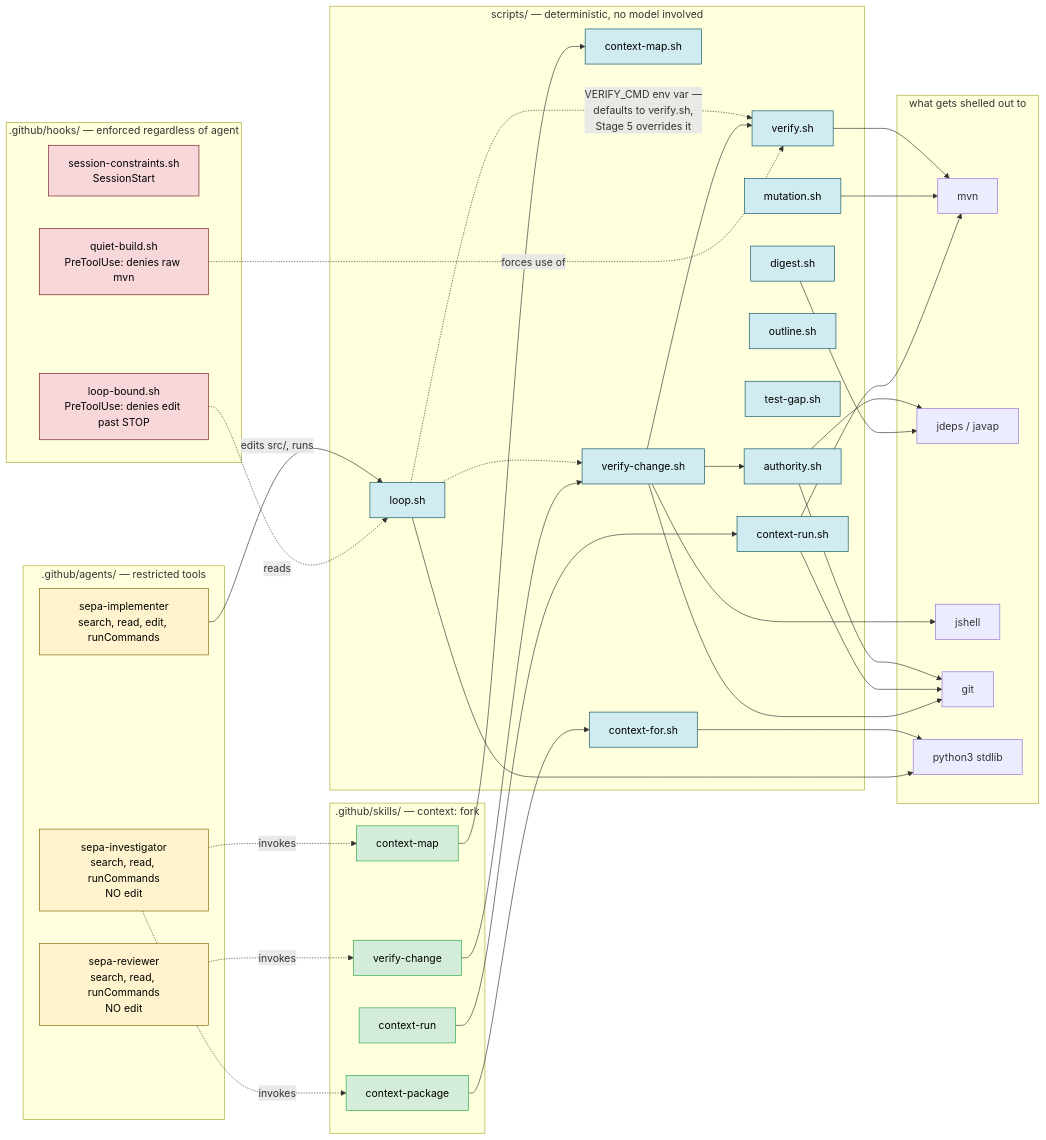
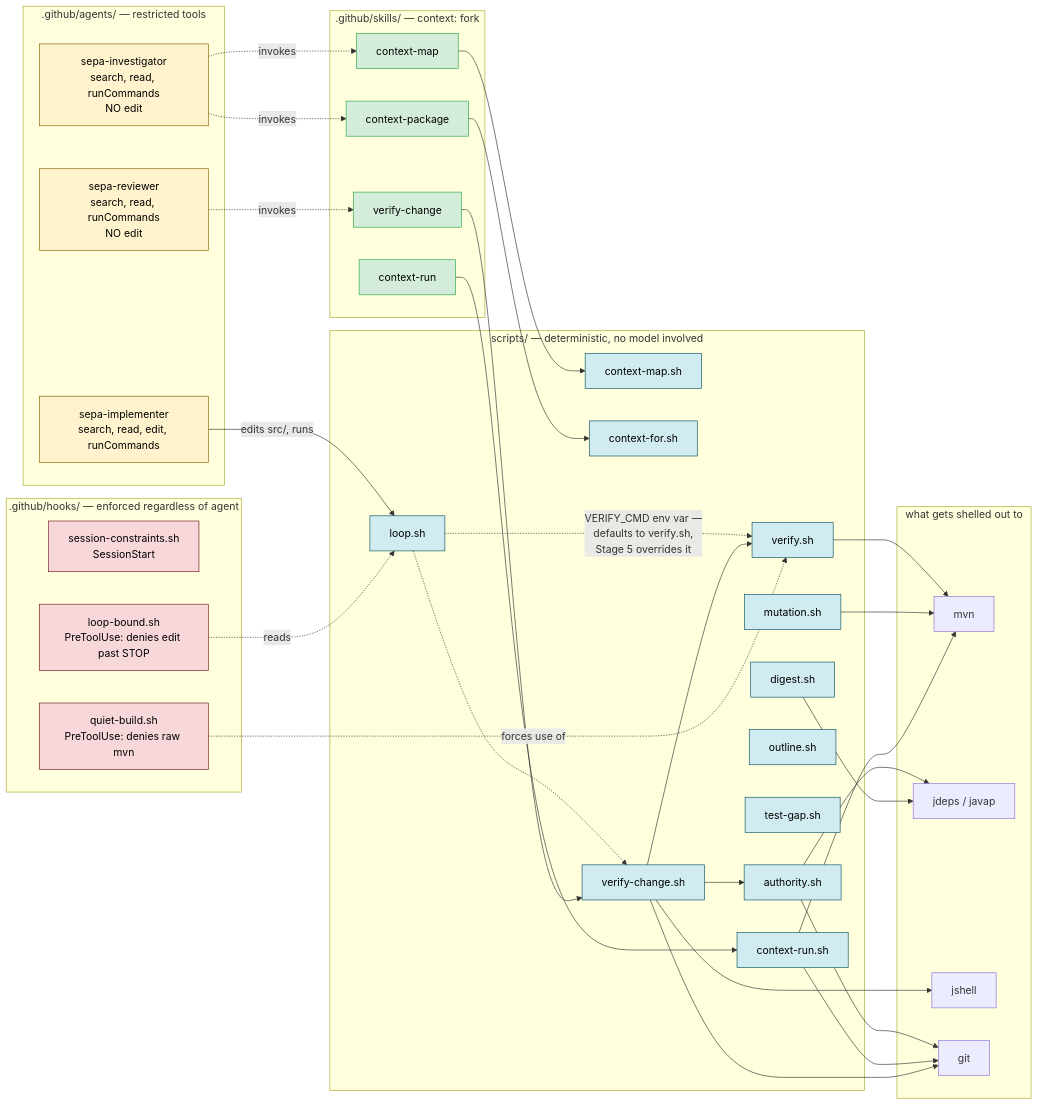
Before and after one commit to ArulaAI/context-engineering-part-2: the second of 4 diagrams in ARCHITECTURE.md, drawn with Mermaid. The commit also changed other lines of this file and 3 other files, not shown here.

Commit message:
update docs to reflect zero python3 dependency (ARCHITECTURE.md, .context/README.md, FACILITATOR.md, TROUBLESHOOTING.md)

````diff
--- a/ARCHITECTURE.md
+++ b/ARCHITECTURE.md
@@ -121,78 +126,75 @@
 ```mermaid
 graph LR
     subgraph tools["what gets shelled out to"]
         MVN[mvn]
         JDEPS[jdeps / javap]
         JSHELL[jshell]
         GIT[git]
-        PY[python3 stdlib]
     end
 
     subgraph scripts["scripts/ — deterministic, no model involved"]
         VS[verify.sh]
         AS2[authority.sh]
         DS[digest.sh]
         OS[outline.sh]
         TGS[test-gap.sh]
         MS[mutation.sh]
         LS[loop.sh]
         CMS[context-map.sh]
         CRS[context-run.sh]
         CFS[context-for.sh]
         VCS[verify-change.sh]
     end
 
     VS --> MVN
     AS2 --> GIT
     AS2 --> JDEPS
     DS --> JDEPS
     MS --> MVN
     CRS --> MVN
     CRS --> GIT
-    CFS --> PY
-    LS --> PY
     LS -.->|"VERIFY_CMD env var —<br/>defaults to verify.sh,<br/>Stage 5 overrides it"| VS
     LS -.-> VCS
     VCS --> VS
     VCS --> AS2
     VCS --> JSHELL
     VCS --> GIT
 
     subgraph skills[".github/skills/ — context: fork"]
         SK1[context-map]
         SK2[context-run]
         SK3[context-package]
         SK4[verify-change]
     end
     SK1 --> CMS
     SK2 --> CRS
     SK3 --> CFS
     SK4 --> VCS
 
     subgraph agents[".github/agents/ — restricted tools"]
         AG1["sepa-investigator<br/>search, read, runCommands<br/>NO edit"]
         AG2["sepa-implementer<br/>search, read, edit, runCommands"]
         AG3["sepa-reviewer<br/>search, read, runCommands<br/>NO edit"]
     end
     AG1 -.->|invokes| SK1
     AG1 -.->|invokes| SK3
     AG2 -->|"edits src/, runs"| LS
     AG3 -.->|invokes| SK4
 
     subgraph hooks[".github/hooks/ — enforced regardless of agent"]
         H1[session-constraints.sh<br/>SessionStart]
         H2[quiet-build.sh<br/>PreToolUse: denies raw mvn]
         H3[loop-bound.sh<br/>PreToolUse: denies edit past STOP]
     end
     H2 -.->|forces use of| VS
     H3 -.->|reads| LS
 
     classDef script fill:#d1ecf1,stroke:#0c5460,color:#000
     classDef skill fill:#d4edda,stroke:#28a745,color:#000
     classDef agent fill:#fff3cd,stroke:#856404,color:#000
     classDef hook fill:#f8d7da,stroke:#721c24,color:#000
     class VS,AS2,DS,OS,TGS,MS,LS,CMS,CRS,CFS,VCS script
     class SK1,SK2,SK3,SK4 skill
     class AG1,AG2,AG3 agent
     class H1,H2,H3 hook
 ```
````
